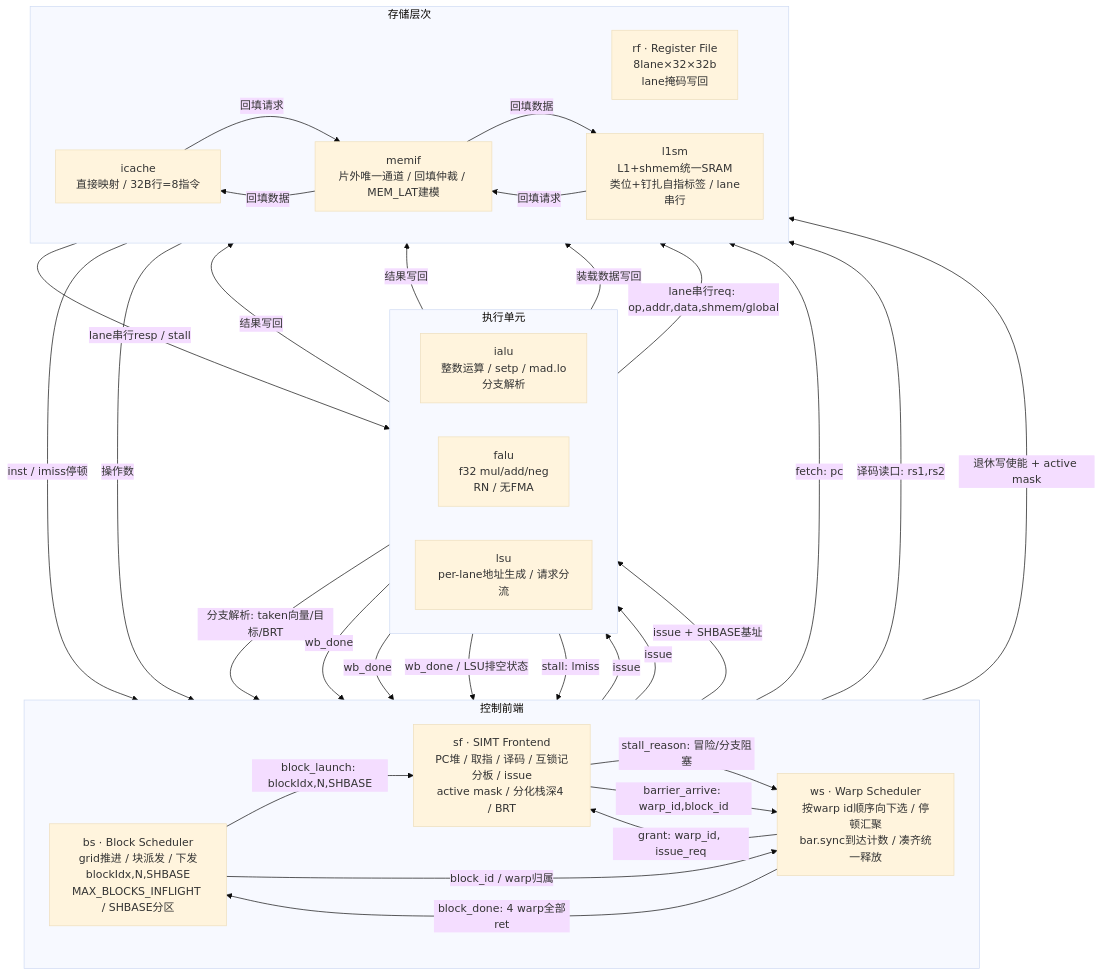
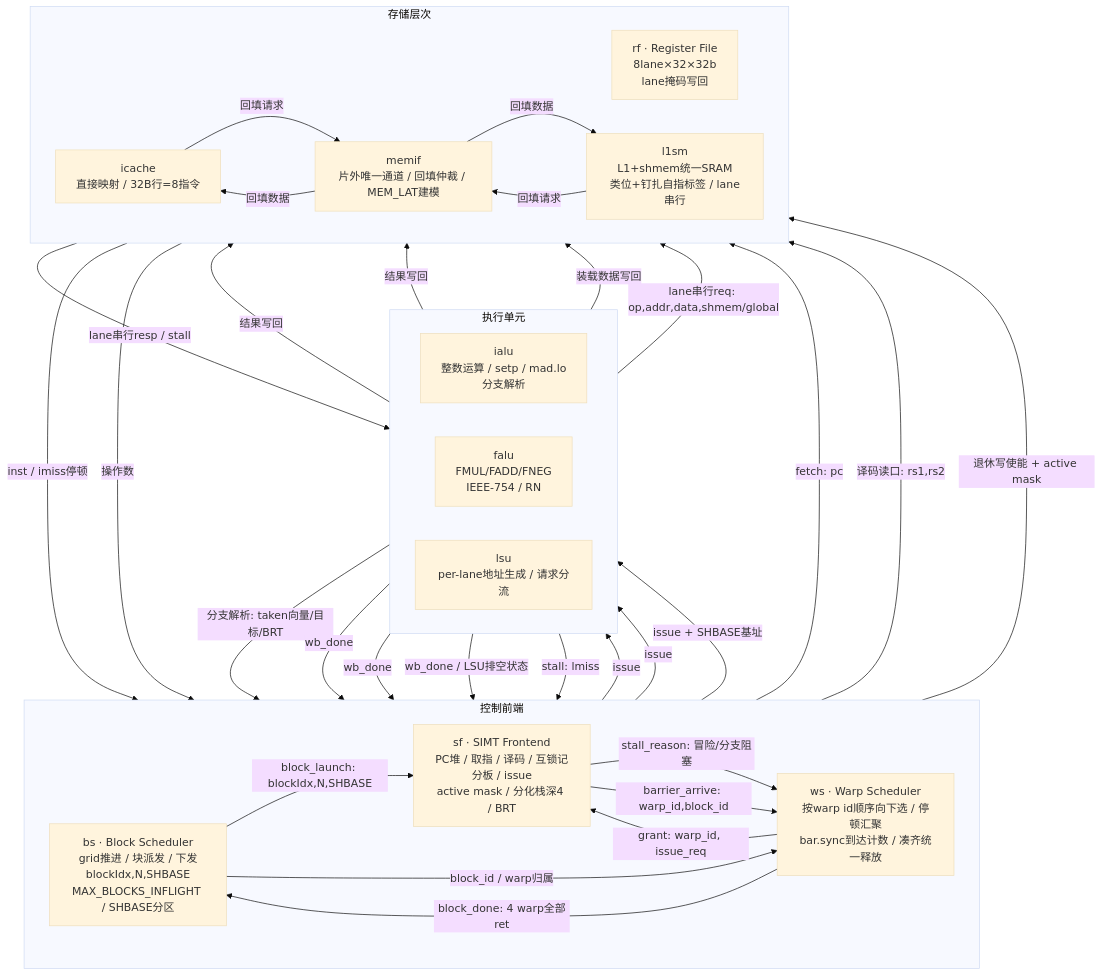
Before and after one commit to Up-desires-big-result/easy_simt: the diagram in top/docs/ma_spec_v0.1.md, drawn with Mermaid (base theme). The commit also changed other lines of this file, not shown here.

Commit message:
ma_spec 口径修订：sf 去架构状态之家并明确冒险检测，ws 去 GTO 留槽表述，falu 改为 IEEE-754 标准乘加描述

````diff
--- a/top/docs/ma_spec_v0.1.md
+++ b/top/docs/ma_spec_v0.1.md
@@ -67,68 +67,68 @@
 ```mermaid
 flowchart TB
   subgraph CTRL["控制前端"]
     direction LR
     bs["bs · Block Scheduler<br/>grid推进 / 块派发 / 下发blockIdx,N,SHBASE<br/>MAX_BLOCKS_INFLIGHT / SHBASE分区"]
     ws["ws · Warp Scheduler<br/>按warp id顺序向下选 / 停顿汇聚<br/>bar.sync到达计数 / 凑齐统一释放"]
     sf["sf · SIMT Frontend<br/>PC堆 / 取指 / 译码 / 互锁记分板 / issue<br/>active mask / 分化栈深4 / BRT"]
   end
 
   subgraph EXEC["执行单元"]
     direction LR
     ialu["ialu<br/>整数运算 / setp / mad.lo<br/>分支解析"]
-    falu["falu<br/>f32 mul/add/neg<br/>RN / 无FMA"]
+    falu["falu<br/>FMUL/FADD/FNEG<br/>IEEE-754 / RN"]
     lsu["lsu<br/>per-lane地址生成 / 请求分流"]
   end
 
   subgraph STOR["存储层次"]
     direction LR
     rf["rf · Register File<br/>8lane×32×32b<br/>lane掩码写回"]
     icache["icache<br/>直接映射 / 32B行=8指令"]
     l1sm["l1sm<br/>L1+shmem统一SRAM<br/>类位+钉扎自指标签 / lane串行"]
     memif["memif<br/>片外唯一通道 / 回填仲裁 / MEM_LAT建模"]
   end
 
   %% 块级控制
   bs -- "block_launch: blockIdx,N,SHBASE" --> sf
   bs -- "block_id / warp归属" --> ws
   ws -- "block_done: 4 warp全部ret" --> bs
 
   %% 发射对握
   ws -- "grant: warp_id, issue_req" --> sf
   sf -- "stall_reason: 冒险/分支阻塞" --> ws
   sf -- "barrier_arrive: warp_id,block_id" --> ws
 
   %% 取指
   sf -- "fetch: pc" --> icache
   icache -- "inst / imiss停顿" --> sf
 
   %% 寄存器堆
   sf -- "译码读口: rs1,rs2" --> rf
   rf -- "操作数" --> sf
   sf -- "退休写使能 + active mask" --> rf
 
   %% issue与分支回注
   sf -- "issue" --> ialu
   sf -- "issue" --> falu
   sf -- "issue + SHBASE基址" --> lsu
   ialu -- "分支解析: taken向量/目标/BRT" --> sf
 
   %% 写回与记分板
   ialu -- "结果写回" --> rf
   falu -- "结果写回" --> rf
   lsu -- "装载数据写回" --> rf
   ialu -- "wb_done" --> sf
   falu -- "wb_done" --> sf
   lsu -- "wb_done / LSU排空状态" --> sf
 
   %% 访存
   lsu -- "stall: lmiss" --> ws
   lsu -- "lane串行req: op,addr,data,shmem/global" --> l1sm
   l1sm -- "lane串行resp / stall" --> lsu
 
   %% 片外
   icache -- "回填请求" --> memif
   memif -- "回填数据" --> icache
   l1sm -- "回填请求" --> memif
   memif -- "回填数据" --> l1sm
 ```
````
